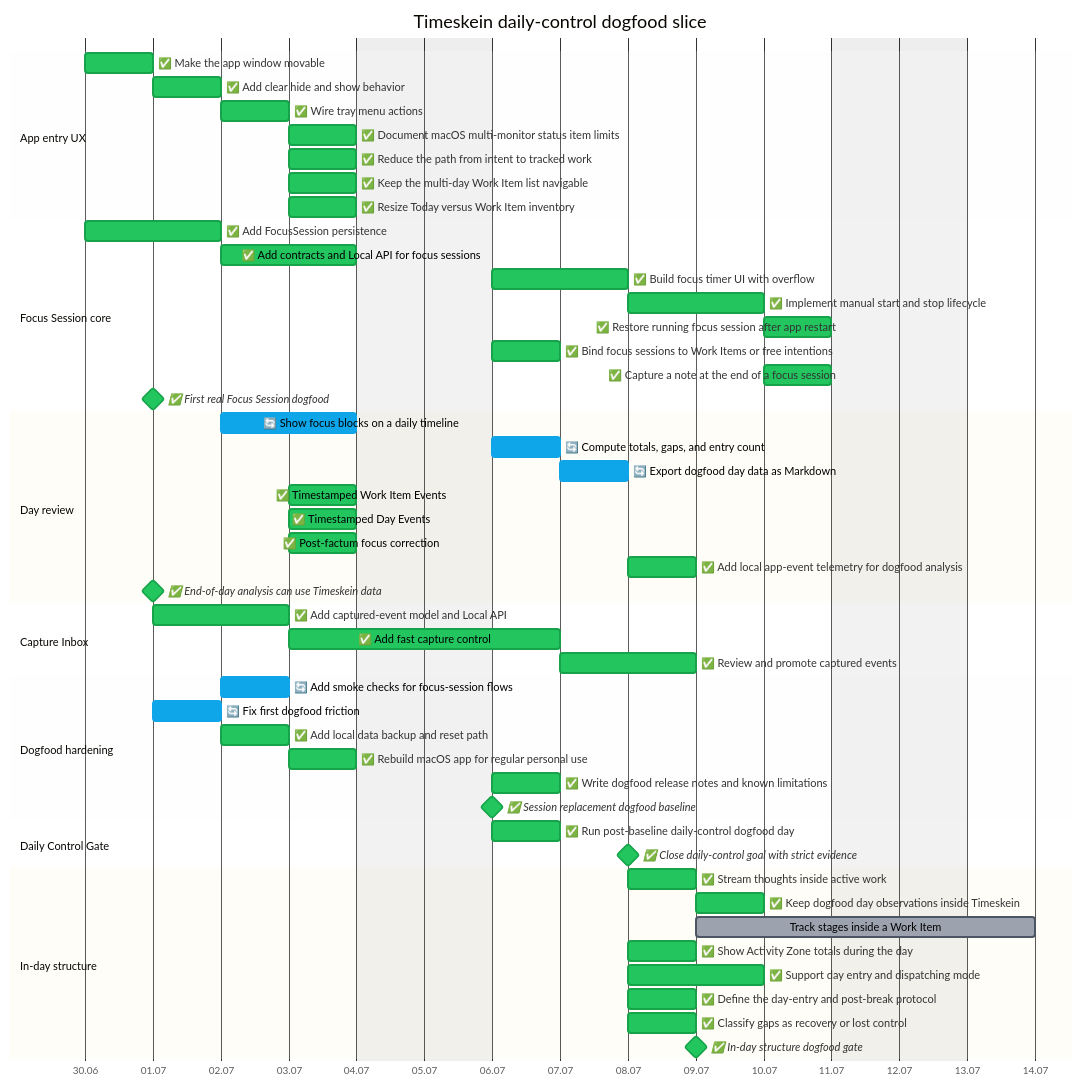
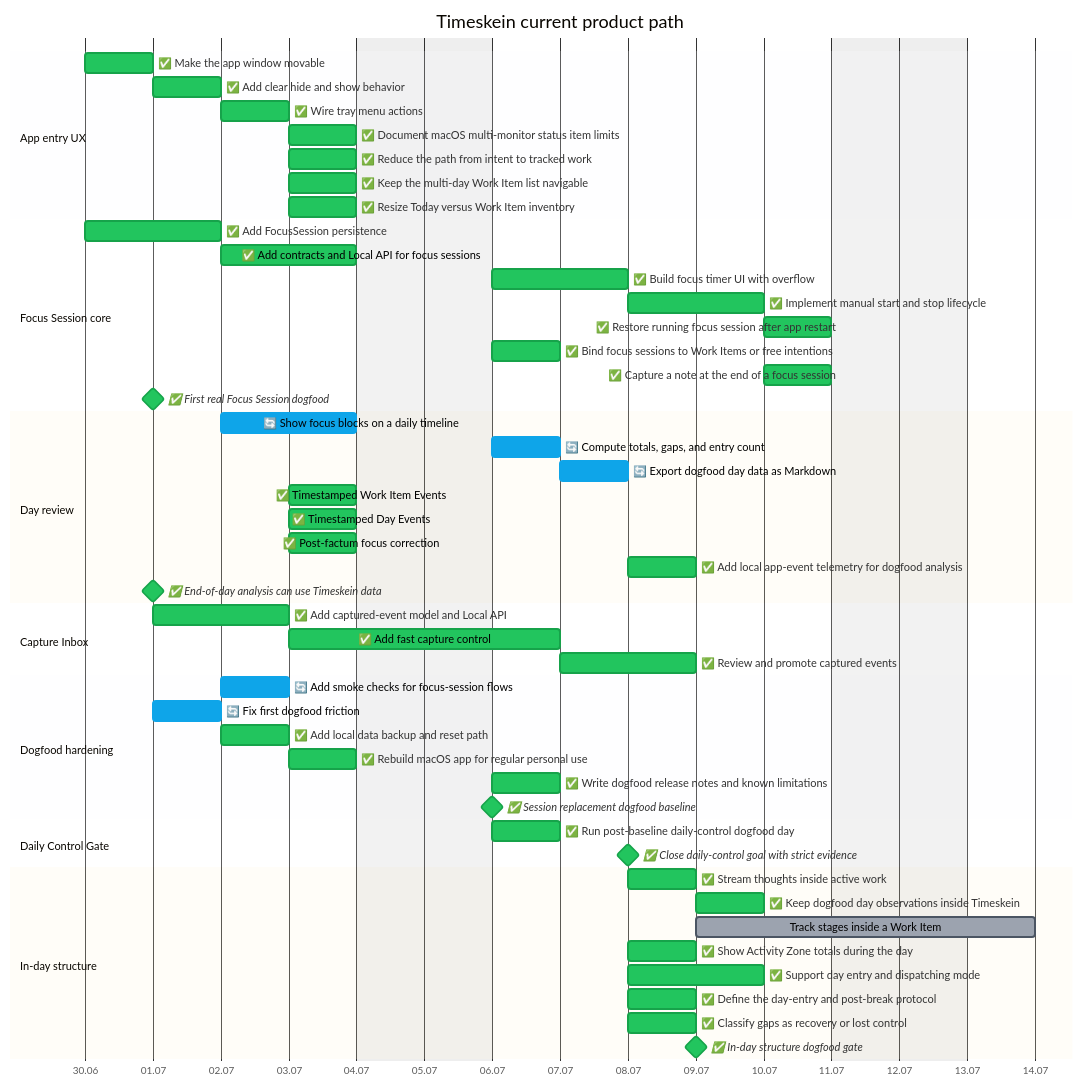
Before and after one commit to asukhodko/timeskein: the second of 2 diagrams in docs/roadmap/opskarta.md, drawn with Mermaid. The commit also changed other lines of this file and 18 other files, not shown here.

````diff
--- a/docs/roadmap/opskarta.md
+++ b/docs/roadmap/opskarta.md
@@ -114,59 +110,59 @@
 ```mermaid
 %%{init: {"theme": "base", "themeVariables": {"taskBkgColor": "#9ca3af", "taskBorderColor": "#4b5563", "taskTextColor": "#000000", "taskTextDarkColor": "#000000", "taskTextLightColor": "#000000", "activeTaskBkgColor": "#0ea5e9", "activeTaskBorderColor": "#0ea5e9", "doneTaskBkgColor": "#22c55e", "doneTaskBorderColor": "#16a34a", "critBkgColor": "#fecaca", "critBorderColor": "#fecaca", "todayLineColor": "#ef4444"}} }%%
 
 gantt
-    title Timeskein daily-control dogfood slice
+    title Timeskein current product path
     dateFormat YYYY-MM-DD
     axisFormat %d.%m
     excludes weekends
 
     section App entry UX
     ✅ Make the app window movable  :done, ts_ux_entry_window_drag,    2026-06-30, 1d
     ✅ Add clear hide and show behavior  :done, ts_ux_entry_hide_toggle,    2026-07-01, 1d
     ✅ Wire tray menu actions  :done, ts_ux_entry_tray_actions,    2026-07-02, 1d
     ✅ Document macOS multi-monitor status item limits  :done, ts_ux_entry_monitor_policy,    2026-07-03, 1d
     ✅ Reduce the path from intent to tracked work  :done, ts_ux_entry_fast_track_flow,    2026-07-03, 1d
     ✅ Keep the multi-day Work Item list navigable  :done, ts_ux_entry_inventory_modes,    2026-07-03, 1d
     ✅ Resize Today versus Work Item inventory  :done, ts_ux_entry_resizable_today_split,    2026-07-03, 1d
     section Focus Session core
     ✅ Add FocusSession persistence  :done, ts_focus_core_model_migrations,    2026-06-30, 2d
     ✅ Add contracts and Local API for focus sessions  :done, ts_focus_core_contracts_api,    2026-07-02, 2d
     ✅ Build focus timer UI with overflow  :done, ts_focus_core_timer_ui,    2026-07-06, 2d
     ✅ Implement manual start and stop lifecycle  :done, ts_focus_core_session_lifecycle,    2026-07-08, 2d
     ✅ Restore running focus session after app restart  :done, ts_focus_core_restart_restore,    2026-07-10, 1d
     ✅ Bind focus sessions to Work Items or free intentions  :done, ts_focus_core_work_item_binding,    2026-07-06, 1d
     ✅ Capture a note at the end of a focus session  :done, ts_focus_core_session_notes,    2026-07-10, 1d
     ✅ First real Focus Session dogfood  :milestone, done, ts_focus_core_dogfood_gate,    2026-07-01, 0d
     section Day review
     🔄 Show focus blocks on a daily timeline  :active, ts_day_review_timeline,    2026-07-02, 2d
     🔄 Compute totals, gaps, and entry count  :active, ts_day_review_totals_gaps,    2026-07-06, 1d
     🔄 Export dogfood day data as Markdown  :active, ts_day_review_export,    2026-07-07, 1d
     ✅ Timestamped Work Item Events  :done, ts_day_review_work_item_events,    2026-07-03, 1d
     ✅ Timestamped Day Events  :done, ts_day_review_day_events,    2026-07-03, 1d
     ✅ Post-factum focus correction  :done, ts_day_review_corrections,    2026-07-03, 1d
     ✅ Add local app-event telemetry for dogfood analysis  :done, ts_day_review_app_telemetry,    2026-07-08, 1d
     ✅ End-of-day analysis can use Timeskein data  :milestone, done, ts_day_review_analysis_gate,    2026-07-01, 0d
     section Capture Inbox
     ✅ Add captured-event model and Local API  :done, ts_capture_model_api,    2026-07-01, 2d
     ✅ Add fast capture control  :done, ts_capture_quick_ui,    2026-07-03, 2d
     ✅ Review and promote captured events  :done, ts_capture_review_flow,    2026-07-07, 2d
     section Dogfood hardening
     🔄 Add smoke checks for focus-session flows  :active, ts_hardening_smoke,    2026-07-02, 1d
     🔄 Fix first dogfood friction  :active, ts_hardening_post_dogfood_friction,    2026-07-01, 1d
     ✅ Add local data backup and reset path  :done, ts_hardening_backup_reset,    2026-07-02, 1d
     ✅ Rebuild macOS app for regular personal use  :done, ts_hardening_package_app,    2026-07-03, 1d
     ✅ Write dogfood release notes and known limitations  :done, ts_hardening_release_notes,    2026-07-06, 1d
     ✅ Session replacement dogfood baseline  :milestone, done, ts_hardening_dogfood_release,    2026-07-06, 0d
     section Daily Control Gate
     ✅ Run post-baseline daily-control dogfood day  :done, ts_daily_control_real_day,    2026-07-06, 1d
     ✅ Close daily-control goal with strict evidence  :milestone, done, ts_daily_control_goal_check,    2026-07-08, 0d
     section In-day structure
     ✅ Stream thoughts inside active work  :done, ts_in_day_structure_active_work_journal,    2026-07-08, 1d
     ✅ Keep dogfood day observations inside Timeskein  :done, ts_in_day_structure_day_observation_log,    2026-07-09, 1d
     Track stages inside a Work Item  :ts_in_day_structure_work_item_stages,    2026-07-09, 3d
     ✅ Show Activity Zone totals during the day  :done, ts_in_day_structure_zone_dashboard,    2026-07-08, 1d
     ✅ Support day entry and dispatching mode  :done, ts_in_day_structure_dispatch_mode,    2026-07-08, 2d
     ✅ Define the day-entry and post-break protocol  :done, ts_in_day_structure_entry_protocol,    2026-07-08, 1d
     ✅ Classify gaps as recovery or lost control  :done, ts_in_day_structure_gap_recovery_classification,    2026-07-08, 1d
     ✅ In-day structure dogfood gate  :milestone, done, ts_in_day_structure_dogfood_gate,    2026-07-09, 0d
 ```
````
